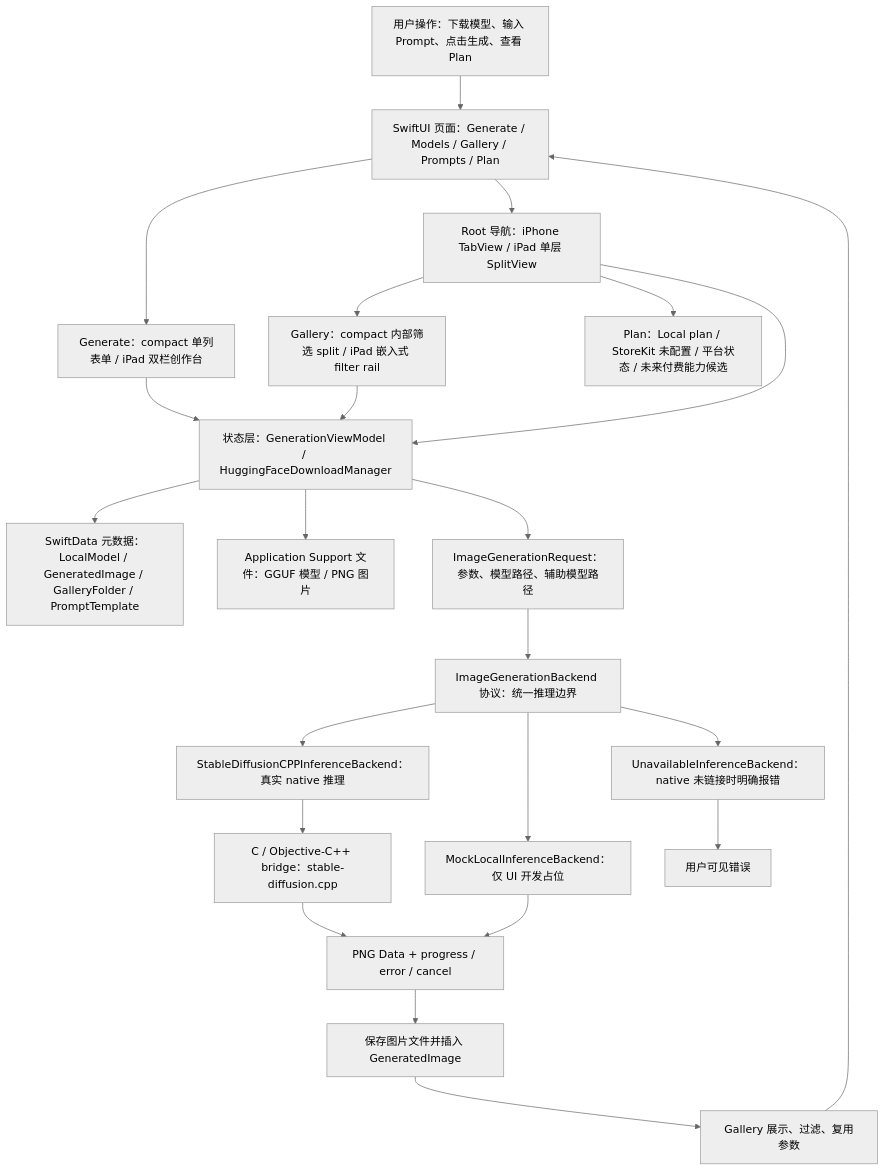
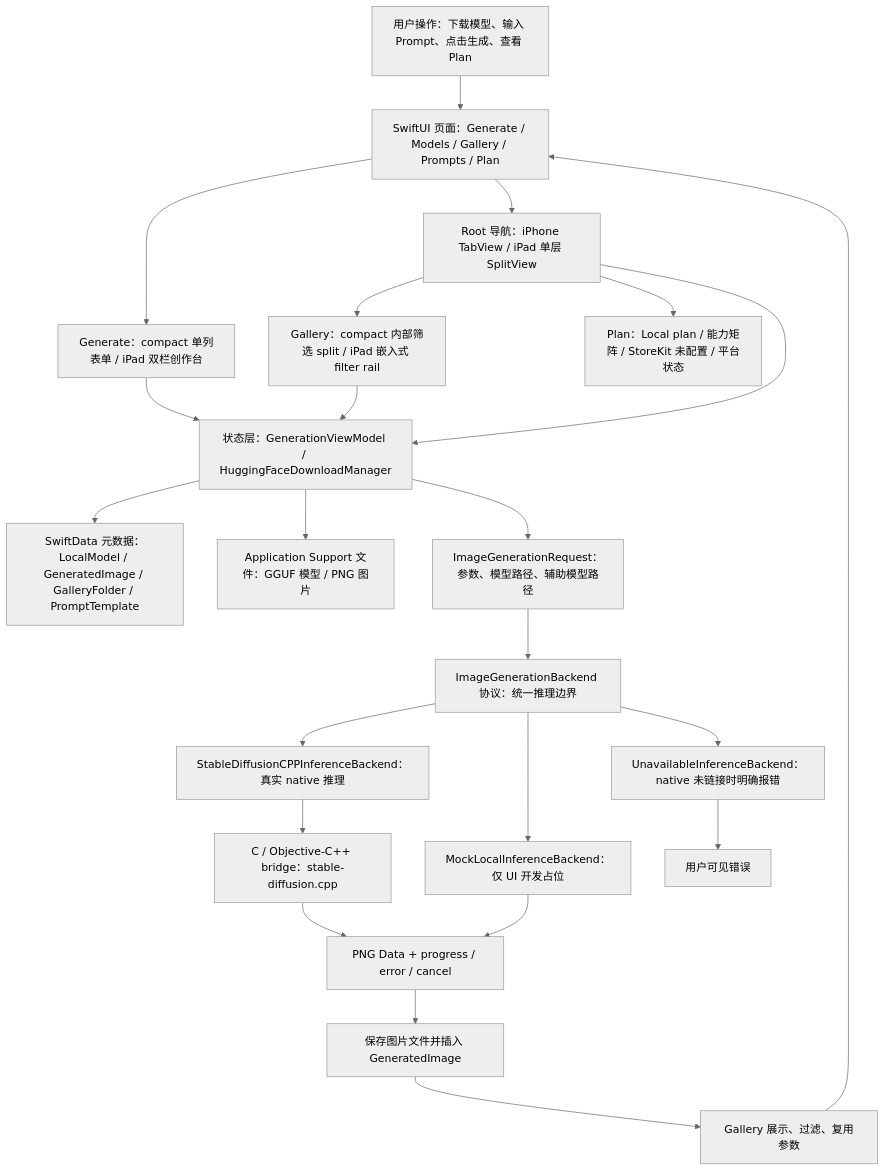
Before and after one commit to Altman-sam114/118: the first of 7 diagrams in md/flow/flowchart.md, drawn with Mermaid (neutral theme). The commit also changed 5 other files, not shown here.

Commit message:
v1.4: Plan 能力矩阵

````diff
--- a/md/flow/flowchart.md
+++ b/md/flow/flowchart.md
@@ -9,25 +9,25 @@
 ```mermaid
 flowchart TD
   U["用户操作：下载模型、输入 Prompt、点击生成、查看 Plan"] --> UI["SwiftUI 页面：Generate / Models / Gallery / Prompts / Plan"]
   UI --> GENUI["Generate：compact 单列表单 / iPad 双栏创作台"]
   UI --> NAV["Root 导航：iPhone TabView / iPad 单层 SplitView"]
   NAV --> GALUI["Gallery：compact 内部筛选 split / iPad 嵌入式 filter rail"]
-  NAV --> PLANUI["Plan：Local plan / StoreKit 未配置 / 平台状态 / 未来付费能力候选"]
+  NAV --> PLANUI["Plan：Local plan / 能力矩阵 / StoreKit 未配置 / 平台状态"]
   NAV --> VM["状态层：GenerationViewModel / HuggingFaceDownloadManager"]
   GENUI --> VM
   GALUI --> VM
   VM --> SD["SwiftData 元数据：LocalModel / GeneratedImage / GalleryFolder / PromptTemplate"]
   VM --> FS["Application Support 文件：GGUF 模型 / PNG 图片"]
   VM --> REQ["ImageGenerationRequest：参数、模型路径、辅助模型路径"]
   REQ --> IFACE["ImageGenerationBackend 协议：统一推理边界"]
   IFACE --> NATIVE["StableDiffusionCPPInferenceBackend：真实 native 推理"]
   IFACE --> MOCK["MockLocalInferenceBackend：仅 UI 开发占位"]
   IFACE --> OFF["UnavailableInferenceBackend：native 未链接时明确报错"]
   NATIVE --> BRIDGE["C / Objective-C++ bridge：stable-diffusion.cpp"]
   BRIDGE --> PNG["PNG Data + progress / error / cancel"]
   MOCK --> PNG
   OFF --> ERR["用户可见错误"]
   PNG --> SAVE["保存图片文件并插入 GeneratedImage"]
   SAVE --> GALLERY["Gallery 展示、过滤、复用参数"]
   GALLERY --> UI
 ```
````
